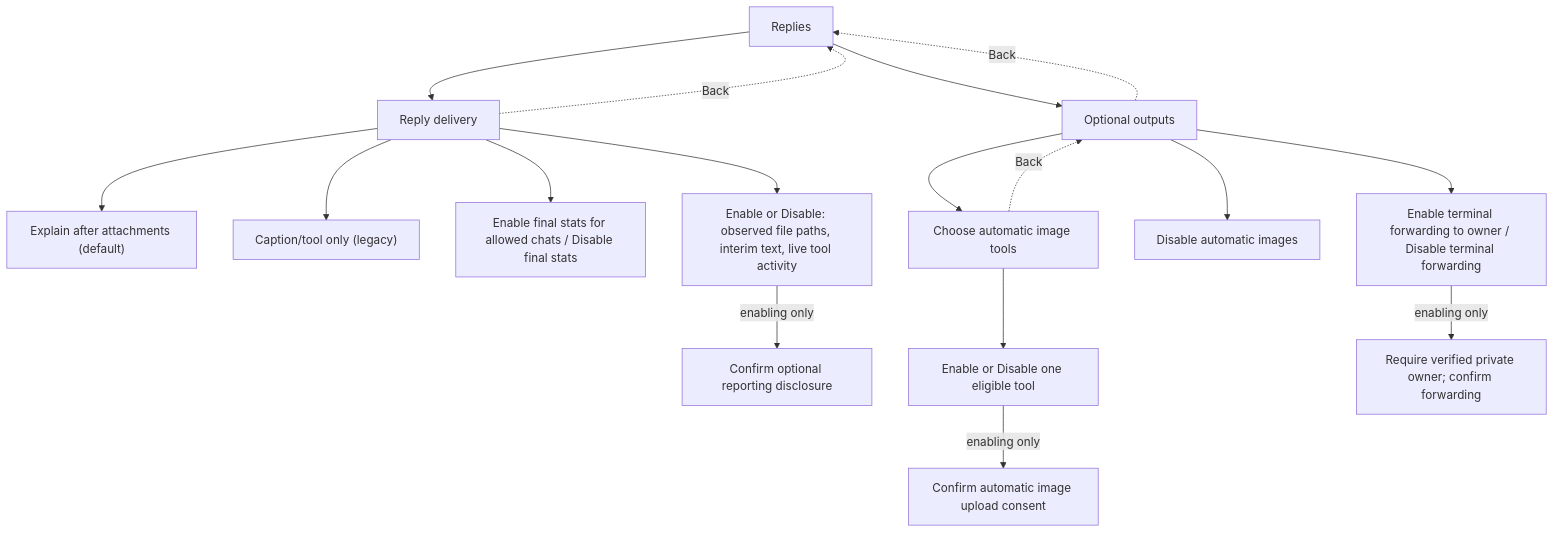
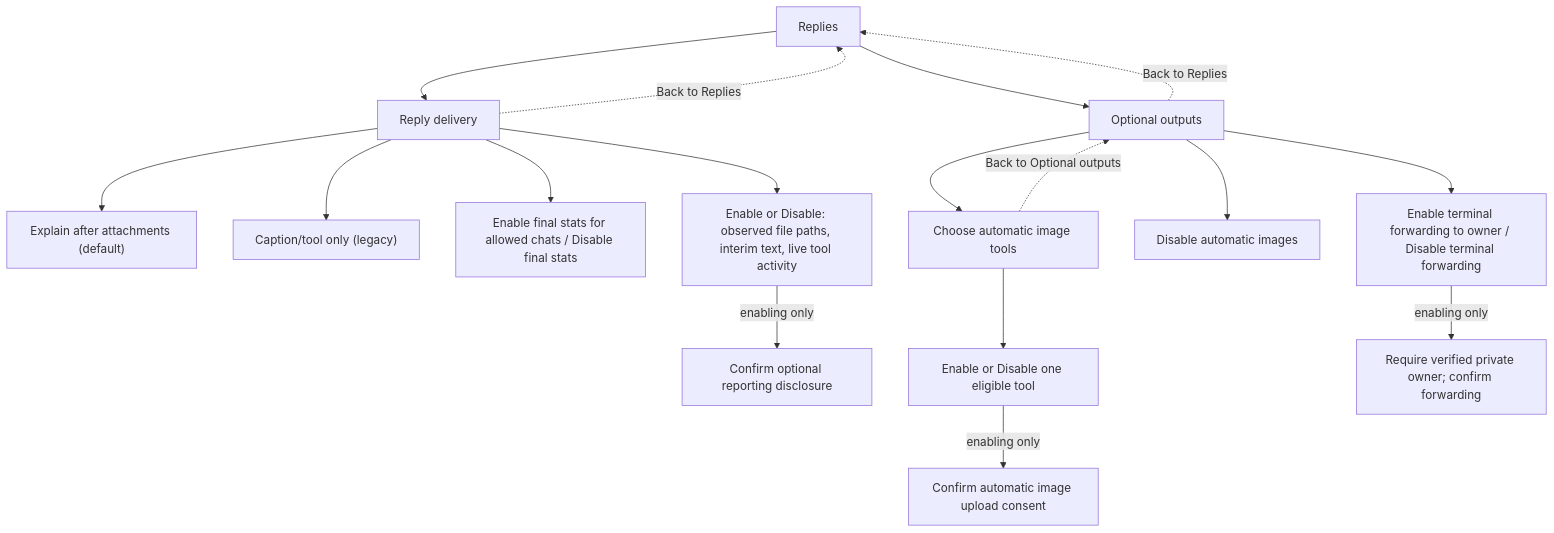
The sixth of 11 diagrams in docs/menu-diagrams.md (jagaliano/whatsapp-ng), drawn with Mermaid before and after one commit. The commit also changed other lines of this file and 33 other files, not shown here.

````diff
--- a/docs/menu-diagrams.md
+++ b/docs/menu-diagrams.md
@@ -146,19 +147,19 @@
 ```mermaid
 flowchart TB
     Replies["Replies"] --> Delivery["Reply delivery"]
     Delivery --> Explain["Explain after attachments (default)"]
     Delivery --> Legacy["Caption/tool only (legacy)"]
     Delivery --> Stats["Enable final stats for allowed chats / Disable final stats"]
     Delivery --> Reports["Enable or Disable: observed file paths, interim text, live tool activity"]
     Reports -->|"enabling only"| Disclosure["Confirm optional reporting disclosure"]
-    Delivery -. "Back" .-> Replies
+    Delivery -. "Back to Replies" .-> Replies
     Replies --> Optional["Optional outputs"]
     Optional --> Images["Choose automatic image tools"]
     Images --> Tool["Enable or Disable one eligible tool"]
     Tool -->|"enabling only"| ImageConsent["Confirm automatic image upload consent"]
-    Images -. "Back" .-> Optional
+    Images -. "Back to Optional outputs" .-> Optional
     Optional --> ClearImages["Disable automatic images"]
     Optional --> Terminal["Enable terminal forwarding to owner / Disable terminal forwarding"]
     Terminal -->|"enabling only"| OwnerConsent["Require verified private owner; confirm forwarding"]
-    Optional -. "Back" .-> Replies
+    Optional -. "Back to Replies" .-> Replies
 ```
````
